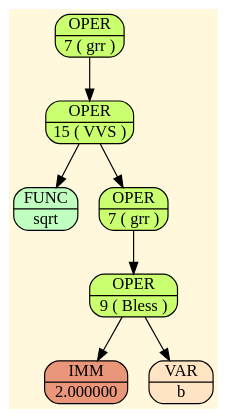
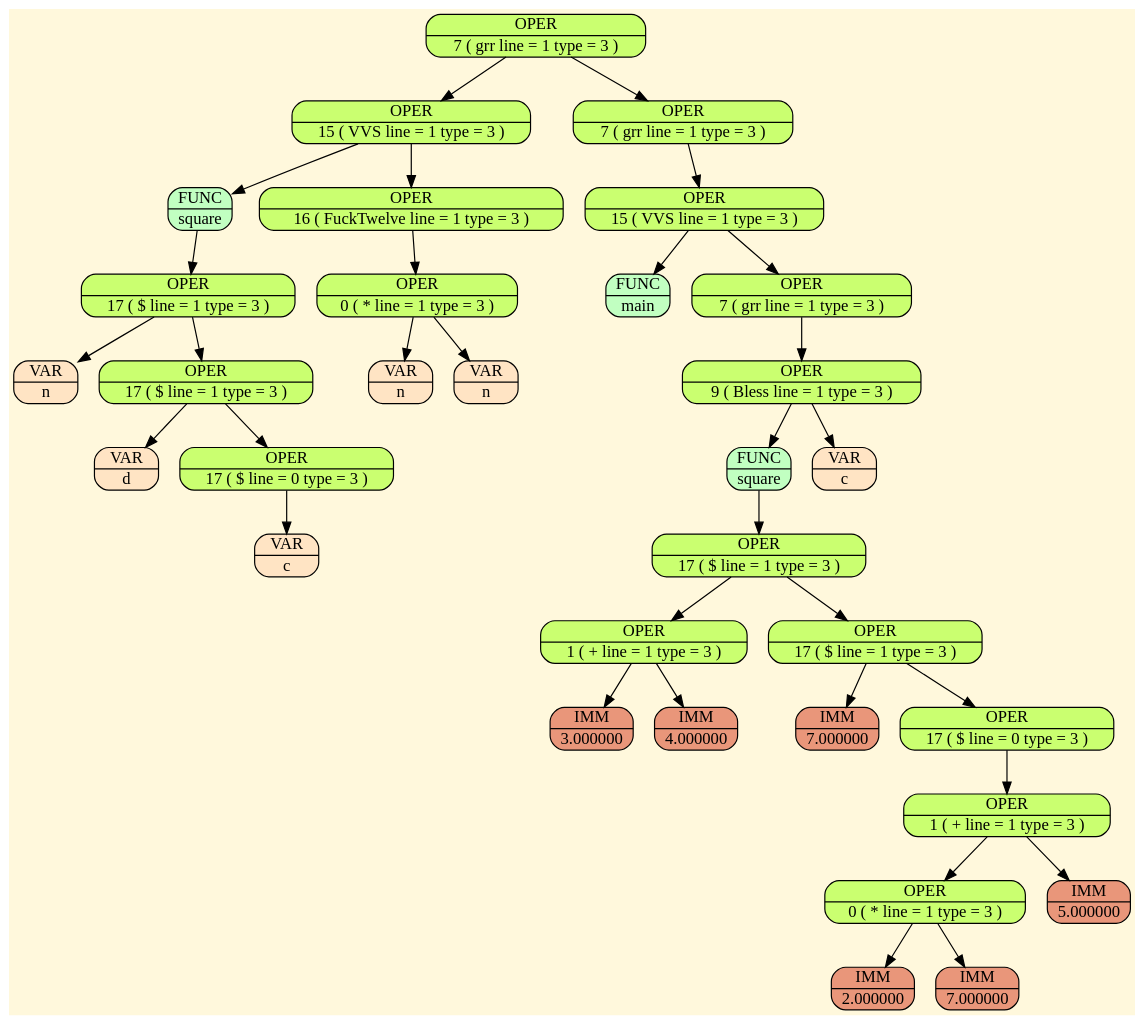
The diagram in LangBackend/24_example.gv (SvetoCopy/RapLang), drawn with Graphviz before and after one commit. The commit also changed 22 other files, not shown here.

```diff
--- a/LangBackend/24_example.gv
+++ b/LangBackend/24_example.gv
@@ -1,16 +1,66 @@
 digraph Tree 
 { bgcolor="cornsilk1";node[margin = "0.01"];
-"node_000001D702732660" [shape=Mrecord, style=filled, fillcolor=darkolivegreen1, label = "{ OPER | 7 ( grr ) }"];
-"node_000001D702732820" [shape=Mrecord, style=filled, fillcolor=darkolivegreen1, label = "{ OPER | 15 ( VVS ) }"];
-"node_000001D702732A50" [shape=Mrecord, style=filled, fillcolor=darkseagreen1, label = "{ FUNC | sqrt }"];
-"node_000001D702732F90" [shape=Mrecord, style=filled, fillcolor=darkolivegreen1, label = "{ OPER | 7 ( grr ) }"];
-"node_000001D702732970" [shape=Mrecord, style=filled, fillcolor=darkolivegreen1, label = "{ OPER | 9 ( Bless ) }"];
-"node_000001D7027330E0" [shape=Mrecord, style=filled, fillcolor=darksalmon, label = "{ IMM | 2.000000 }"];
-"node_000001D702733620" [shape=Mrecord, style=filled, fillcolor=bisque, label = "{ VAR | b }"];
-node_000001D702732660->node_000001D702732820
-node_000001D702732820->node_000001D702732A50
-node_000001D702732820->node_000001D702732F90
-node_000001D702732F90->node_000001D702732970
-node_000001D702732970->node_000001D7027330E0
-node_000001D702732970->node_000001D702733620
+"node_0000021066D34530" [shape=Mrecord, style=filled, fillcolor=darkolivegreen1, label = "{ OPER | 7 ( grr line = 1 type = 3 ) }"];
+"node_0000021066D35250" [shape=Mrecord, style=filled, fillcolor=darkolivegreen1, label = "{ OPER | 15 ( VVS line = 1 type = 3 ) }"];
+"node_0000021066D33DC0" [shape=Mrecord, style=filled, fillcolor=darkseagreen1, label = "{ FUNC | square }"];
+"node_0000021066D33B20" [shape=Mrecord, style=filled, fillcolor=darkolivegreen1, label = "{ OPER | 17 ( $ line = 1 type = 3 ) }"];
+"node_0000021066D344C0" [shape=Mrecord, style=filled, fillcolor=bisque, label = "{ VAR | n }"];
+"node_0000021066D351E0" [shape=Mrecord, style=filled, fillcolor=darkolivegreen1, label = "{ OPER | 17 ( $ line = 1 type = 3 ) }"];
+"node_0000021066D34BC0" [shape=Mrecord, style=filled, fillcolor=bisque, label = "{ VAR | d }"];
+"node_0000021066D34920" [shape=Mrecord, style=filled, fillcolor=darkolivegreen1, label = "{ OPER | 17 ( $ line = 0 type = 3 ) }"];
+"node_0000021066D34140" [shape=Mrecord, style=filled, fillcolor=bisque, label = "{ VAR | c }"];
+"node_0000021066D34D80" [shape=Mrecord, style=filled, fillcolor=darkolivegreen1, label = "{ OPER | 16 ( FuckTwelve line = 1 type = 3 ) }"];
+"node_0000021066D34450" [shape=Mrecord, style=filled, fillcolor=darkolivegreen1, label = "{ OPER | 0 ( * line = 1 type = 3 ) }"];
+"node_0000021066D34B50" [shape=Mrecord, style=filled, fillcolor=bisque, label = "{ VAR | n }"];
+"node_0000021066D33B90" [shape=Mrecord, style=filled, fillcolor=bisque, label = "{ VAR | n }"];
+"node_0000021066D354F0" [shape=Mrecord, style=filled, fillcolor=darkolivegreen1, label = "{ OPER | 7 ( grr line = 1 type = 3 ) }"];
+"node_0000021066D34DF0" [shape=Mrecord, style=filled, fillcolor=darkolivegreen1, label = "{ OPER | 15 ( VVS line = 1 type = 3 ) }"];
+"node_0000021066D35480" [shape=Mrecord, style=filled, fillcolor=darkseagreen1, label = "{ FUNC | main }"];
+"node_0000021066D34FB0" [shape=Mrecord, style=filled, fillcolor=darkolivegreen1, label = "{ OPER | 7 ( grr line = 1 type = 3 ) }"];
+"node_0000021066D33F80" [shape=Mrecord, style=filled, fillcolor=darkolivegreen1, label = "{ OPER | 9 ( Bless line = 1 type = 3 ) }"];
+"node_0000021066D345A0" [shape=Mrecord, style=filled, fillcolor=darkseagreen1, label = "{ FUNC | square }"];
+"node_0000021066D35410" [shape=Mrecord, style=filled, fillcolor=darkolivegreen1, label = "{ OPER | 17 ( $ line = 1 type = 3 ) }"];
+"node_0000021066D353A0" [shape=Mrecord, style=filled, fillcolor=darkolivegreen1, label = "{ OPER | 1 ( + line = 1 type = 3 ) }"];
+"node_0000021066D34C30" [shape=Mrecord, style=filled, fillcolor=darksalmon, label = "{ IMM | 3.000000 }"];
+"node_0000021066D34E60" [shape=Mrecord, style=filled, fillcolor=darksalmon, label = "{ IMM | 4.000000 }"];
+"node_0000021066D33FF0" [shape=Mrecord, style=filled, fillcolor=darkolivegreen1, label = "{ OPER | 17 ( $ line = 1 type = 3 ) }"];
+"node_0000021066D35560" [shape=Mrecord, style=filled, fillcolor=darksalmon, label = "{ IMM | 7.000000 }"];
+"node_0000021066D34220" [shape=Mrecord, style=filled, fillcolor=darkolivegreen1, label = "{ OPER | 17 ( $ line = 0 type = 3 ) }"];
+"node_0000021066D35090" [shape=Mrecord, style=filled, fillcolor=darkolivegreen1, label = "{ OPER | 1 ( + line = 1 type = 3 ) }"];
+"node_0000021066D34610" [shape=Mrecord, style=filled, fillcolor=darkolivegreen1, label = "{ OPER | 0 ( * line = 1 type = 3 ) }"];
+"node_0000021066D339D0" [shape=Mrecord, style=filled, fillcolor=darksalmon, label = "{ IMM | 2.000000 }"];
+"node_0000021066D34ED0" [shape=Mrecord, style=filled, fillcolor=darksalmon, label = "{ IMM | 7.000000 }"];
+"node_0000021066D34680" [shape=Mrecord, style=filled, fillcolor=darksalmon, label = "{ IMM | 5.000000 }"];
+"node_0000021066D33C00" [shape=Mrecord, style=filled, fillcolor=bisque, label = "{ VAR | c }"];
+node_0000021066D34530->node_0000021066D35250
+node_0000021066D34530->node_0000021066D354F0
+node_0000021066D35250->node_0000021066D33DC0
+node_0000021066D35250->node_0000021066D34D80
+node_0000021066D33DC0->node_0000021066D33B20
+node_0000021066D33B20->node_0000021066D344C0
+node_0000021066D33B20->node_0000021066D351E0
+node_0000021066D351E0->node_0000021066D34BC0
+node_0000021066D351E0->node_0000021066D34920
+node_0000021066D34920->node_0000021066D34140
+node_0000021066D34D80->node_0000021066D34450
+node_0000021066D34450->node_0000021066D34B50
+node_0000021066D34450->node_0000021066D33B90
+node_0000021066D354F0->node_0000021066D34DF0
+node_0000021066D34DF0->node_0000021066D35480
+node_0000021066D34DF0->node_0000021066D34FB0
+node_0000021066D34FB0->node_0000021066D33F80
+node_0000021066D33F80->node_0000021066D345A0
+node_0000021066D33F80->node_0000021066D33C00
+node_0000021066D345A0->node_0000021066D35410
+node_0000021066D35410->node_0000021066D353A0
+node_0000021066D35410->node_0000021066D33FF0
+node_0000021066D353A0->node_0000021066D34C30
+node_0000021066D353A0->node_0000021066D34E60
+node_0000021066D33FF0->node_0000021066D35560
+node_0000021066D33FF0->node_0000021066D34220
+node_0000021066D34220->node_0000021066D35090
+node_0000021066D35090->node_0000021066D34610
+node_0000021066D35090->node_0000021066D34680
+node_0000021066D34610->node_0000021066D339D0
+node_0000021066D34610->node_0000021066D34ED0
 }
```
